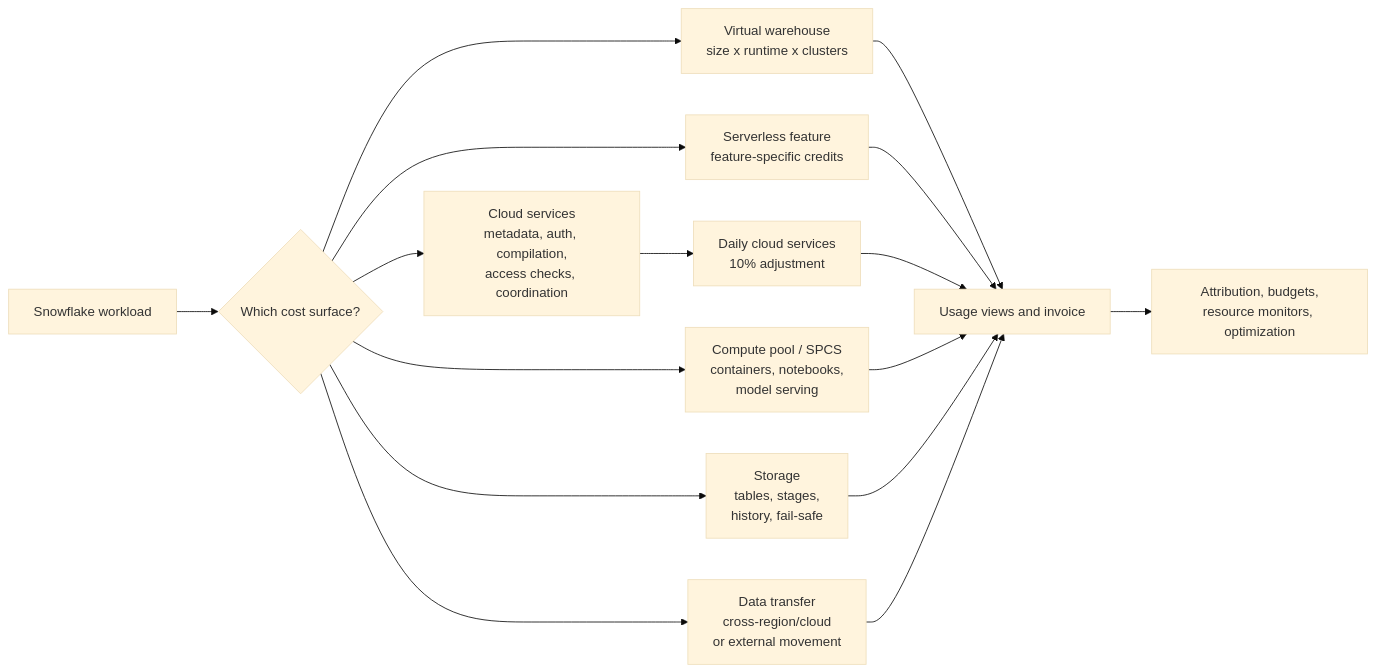
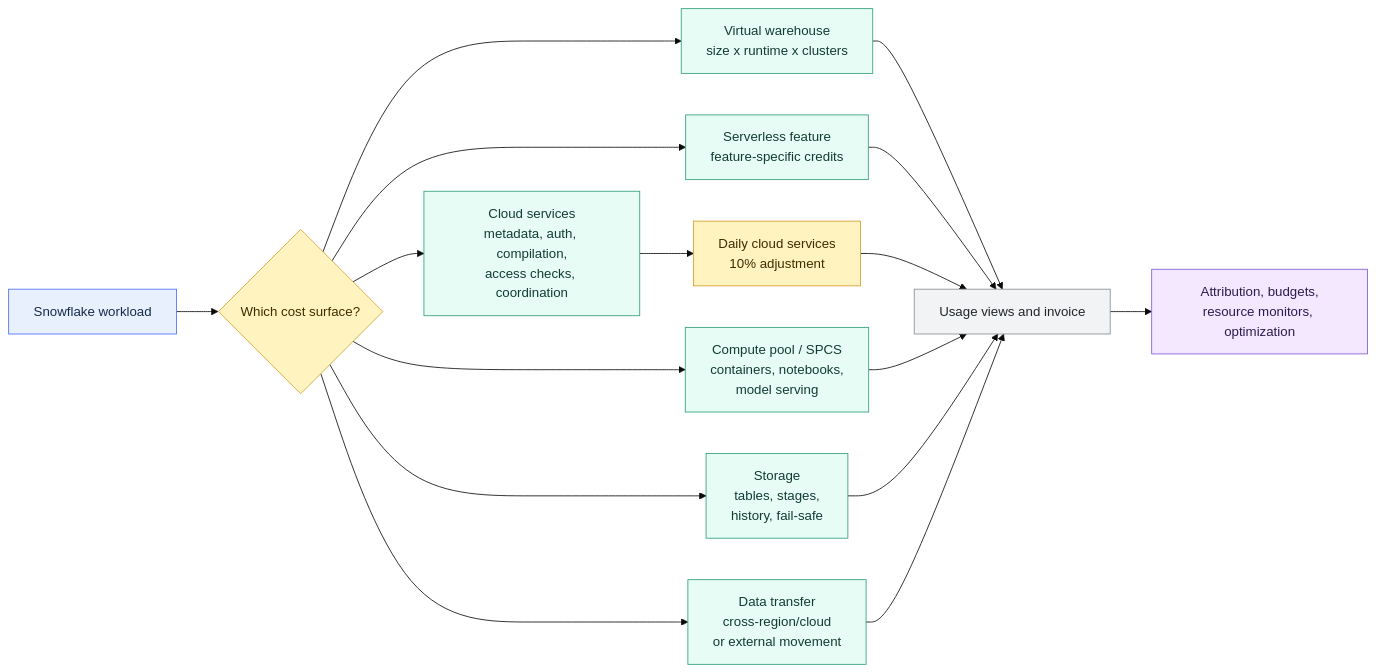
The diagram in 01 Snowflake/06 Cost Management and Operations/44 Credit Consumption Model.md (shonningsoy/Upskill), drawn with Mermaid (base theme) before and after one commit. The commit also changed other lines of this file and 4 other files, not shown here.

````diff
--- a/01 Snowflake/06 Cost Management and Operations/44 Credit Consumption Model.md
+++ b/01 Snowflake/06 Cost Management and Operations/44 Credit Consumption Model.md
@@ -80,18 +83,29 @@
 ```mermaid
 flowchart LR
     WORK["Snowflake workload"] --> CLASSIFY{"Which cost surface?"}
     CLASSIFY --> WH["Virtual warehouse<br/>size x runtime x clusters"]
     CLASSIFY --> SVR["Serverless feature<br/>feature-specific credits"]
     CLASSIFY --> CS["Cloud services<br/>metadata, auth, compilation,<br/>access checks, coordination"]
     CLASSIFY --> CP["Compute pool / SPCS<br/>containers, notebooks,<br/>model serving"]
     CLASSIFY --> STOR["Storage<br/>tables, stages,<br/>history, fail-safe"]
     CLASSIFY --> XFER["Data transfer<br/>cross-region/cloud<br/>or external movement"]
     WH --> USAGE["Usage views and invoice"]
     SVR --> USAGE
     CS --> ADJ["Daily cloud services<br/>10% adjustment"]
     ADJ --> USAGE
     CP --> USAGE
     STOR --> USAGE
     XFER --> USAGE
     USAGE --> ACTION["Attribution, budgets,<br/>resource monitors, optimization"]
+
+    classDef input fill:#E8F0FE,stroke:#4C6EF5,color:#172B4D
+    classDef control fill:#FFF3BF,stroke:#D69E2E,color:#3D2E00
+    classDef snowflake fill:#E6FCF5,stroke:#2F9E7B,color:#123C34
+    classDef platform fill:#F1F3F5,stroke:#868E96,color:#212529
+    classDef output fill:#F3E8FF,stroke:#805AD5,color:#2D1B4E
+    class WORK input
+    class CLASSIFY,ADJ control
+    class WH,SVR,CS,CP,STOR,XFER snowflake
+    class USAGE platform
+    class ACTION output
 ```
````
